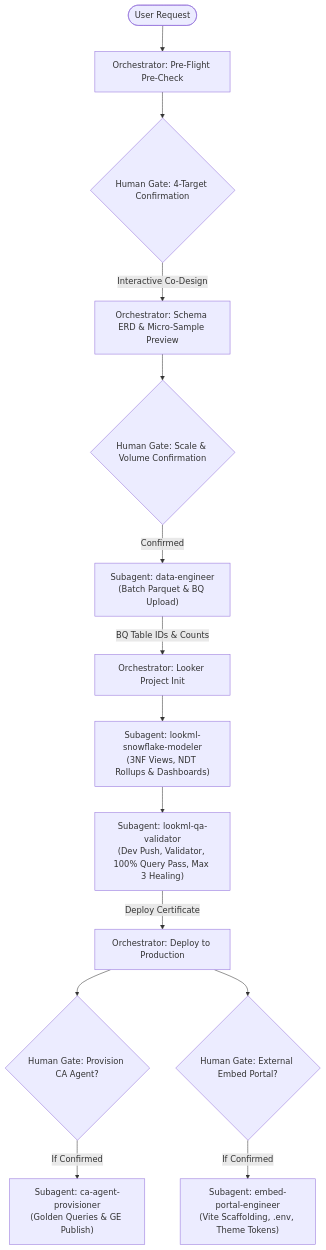
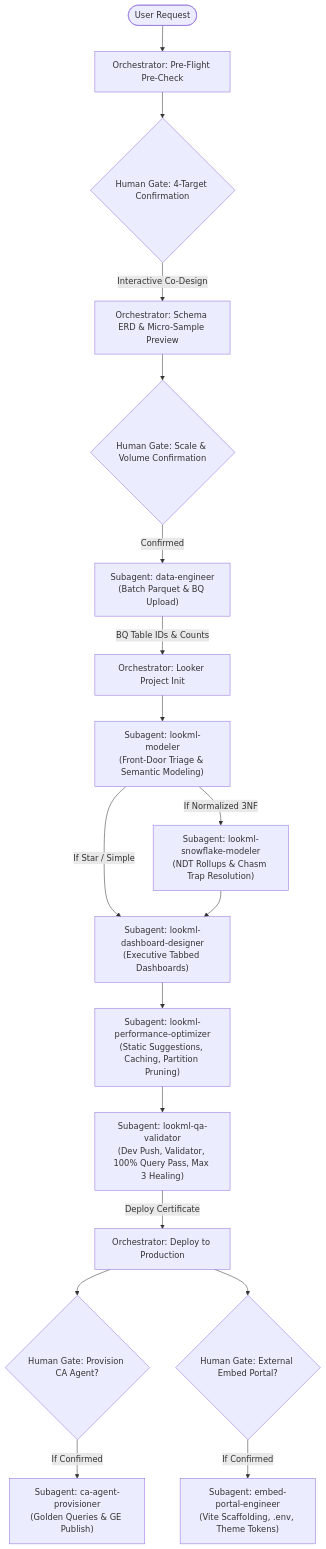
Before and after one commit to lkrdev/looker-demo-cli: the first of 5 diagrams in skills/looker-demo-orchestrator/SKILL.md, drawn with Mermaid. The commit also changed other lines of this file and 6 other files, not shown here.

Commit message:
feat: improving lookml modeling flow

````diff
--- a/skills/looker-demo-orchestrator/SKILL.md
+++ b/skills/looker-demo-orchestrator/SKILL.md
@@ -20,16 +20,20 @@
 ```mermaid
 graph TD
     Start([User Request]) --> PreCheck[Orchestrator: Pre-Flight Pre-Check]
     PreCheck --> Gate0{Human Gate: 4-Target Confirmation}
     Gate0 -->|Interactive Co-Design| Phase12[Orchestrator: Schema ERD & Micro-Sample Preview]
     Phase12 --> Gate1{Human Gate: Scale & Volume Confirmation}
     Gate1 -->|Confirmed| S1["Subagent: data-engineer<br/>(Batch Parquet & BQ Upload)"]
     S1 -->|BQ Table IDs & Counts| InitProj[Orchestrator: Looker Project Init]
-    InitProj --> S2["Subagent: lookml-snowflake-modeler<br/>(3NF Views, NDT Rollups & Dashboards)"]
-    S2 --> S3["Subagent: lookml-qa-validator<br/>(Dev Push, Validator, 100% Query Pass, Max 3 Healing)"]
-    S3 -->|Deploy Certificate| Deploy[Orchestrator: Deploy to Production]
+    InitProj --> S2["Subagent: lookml-modeler<br/>(Front-Door Triage & Semantic Modeling)"]
+    S2 -->|If Normalized 3NF| S3["Subagent: lookml-snowflake-modeler<br/>(NDT Rollups & Chasm Trap Resolution)"]
+    S2 -->|If Star / Simple| S4["Subagent: lookml-dashboard-designer<br/>(Executive Tabbed Dashboards)"]
+    S3 --> S4
+    S4 --> S5["Subagent: lookml-performance-optimizer<br/>(Static Suggestions, Caching, Partition Pruning)"]
+    S5 --> S6["Subagent: lookml-qa-validator<br/>(Dev Push, Validator, 100% Query Pass, Max 3 Healing)"]
+    S6 -->|Deploy Certificate| Deploy[Orchestrator: Deploy to Production]
     Deploy --> GateCA{Human Gate: Provision CA Agent?}
     Deploy --> GateEmbed{Human Gate: External Embed Portal?}
-    GateCA -->|If Confirmed| S4["Subagent: ca-agent-provisioner<br/>(Golden Queries & GE Publish)"]
-    GateEmbed -->|If Confirmed| S5["Subagent: embed-portal-engineer<br/>(Vite Scaffolding, .env, Theme Tokens)"]
+    GateCA -->|If Confirmed| S7["Subagent: ca-agent-provisioner<br/>(Golden Queries & GE Publish)"]
+    GateEmbed -->|If Confirmed| S8["Subagent: embed-portal-engineer<br/>(Vite Scaffolding, .env, Theme Tokens)"]
 ```
````
